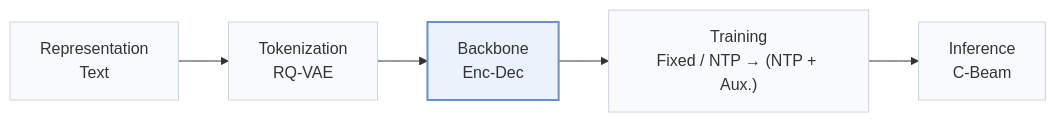
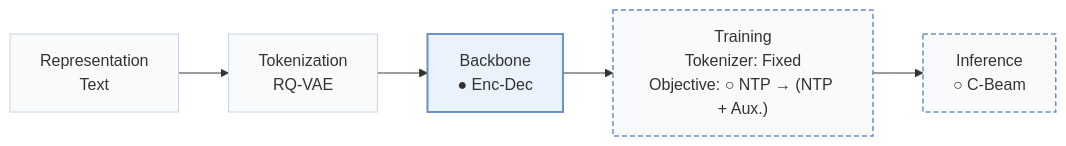
The first of 2 diagrams in pages/papers/iba.md (Galaxy-ghost/Awesome-SID-Generative-Rec), drawn with Mermaid before and after one commit. The commit also changed other lines of this file and 558 other files, not shown here.

````diff
--- a/pages/papers/iba.md
+++ b/pages/papers/iba.md
@@ -15,8 +18,10 @@
 ```mermaid
 flowchart LR
-    R["Representation<br/>Text"] --> T["Tokenization<br/>RQ-VAE"] --> B["Backbone<br/>Enc-Dec"] --> TR["Training<br/>Fixed / NTP → (NTP + Aux.)"] --> I["Inference<br/>C-Beam"]
+    R["Representation<br/>Text"] --> T["Tokenization<br/>RQ-VAE"] --> B["Backbone<br/>● Enc-Dec"] --> TR["Training<br/>Tokenizer: Fixed<br/>Objective: ○ NTP → (NTP + Aux.)"] --> I["Inference<br/>○ C-Beam"]
     classDef base fill:#f8fafc,stroke:#cbd5e1
     class R,T,B,TR,I base
+    classDef other fill:#f8fafc,stroke:#6b8fc7,stroke-width:1.5px,stroke-dasharray:5 3
+    class TR,I other
     classDef main fill:#eaf2fb,stroke:#6b8fc7,stroke-width:2px
     class B main
 ```
````
